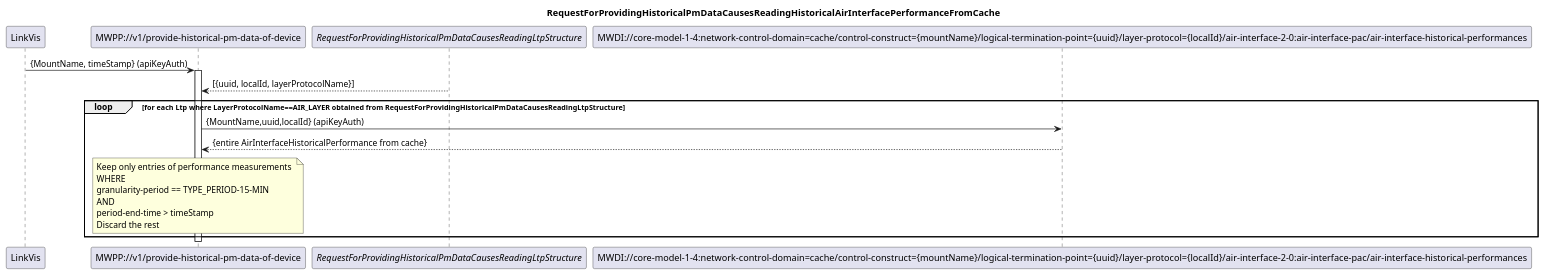
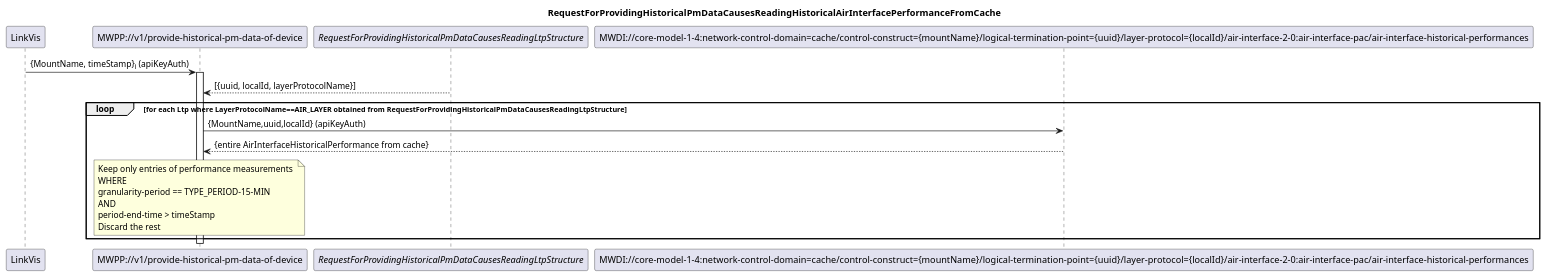
Before and after one commit to openBackhaul/MicroWavePerformanceProxy: the diagram in spec/diagrams/005_ReadingHistoricalAirInterfacePerformanceFromCache.plantuml, drawn with PlantUML. The commit also changed 1 other file, not shown here.

Commit message:
Add missing subscript i in request input of diagramm 005 (#14)

```diff
--- a/spec/diagrams/005_ReadingHistoricalAirInterfacePerformanceFromCache.plantuml
+++ b/spec/diagrams/005_ReadingHistoricalAirInterfacePerformanceFromCache.plantuml
@@ -1,32 +1,32 @@
 @startuml 005_ReadingHistoricalAirInterfacePerformanceFromCache
 skinparam responseMessageBelowArrow true
 
 title
 RequestForProvidingHistoricalPmDataCausesReadingHistoricalAirInterfacePerformanceFromCache
 end title
 
 participant "LinkVis" as LinkVis
 participant "MWPP://v1/provide-historical-pm-data-of-device" as MWPP
 participant "<i>RequestForProvidingHistoricalPmDataCausesReadingLtpStructure</i>" as LTPs
 participant "MWDI://core-model-1-4:network-control-domain=cache/control-construct={mountName}/logical-termination-point={uuid}/layer-protocol={localId}/air-interface-2-0:air-interface-pac/air-interface-historical-performances" as AirInterfacePm
 
-LinkVis -> MWPP: {MountName, timeStamp} (apiKeyAuth)
+LinkVis -> MWPP: {MountName, timeStamp}<sub>i</sub> (apiKeyAuth)
 activate MWPP
 LTPs --> MWPP: [{uuid, localId, layerProtocolName}]
 loop for each Ltp where LayerProtocolName==AIR_LAYER obtained from RequestForProvidingHistoricalPmDataCausesReadingLtpStructure
     MWPP -> AirInterfacePm: {MountName,uuid,localId} (apiKeyAuth)
     AirInterfacePm --> MWPP: {entire AirInterfaceHistoricalPerformance from cache}
     note over MWPP
     Keep only entries of performance measurements 
     WHERE
     granularity-period == TYPE_PERIOD-15-MIN
     AND
     period-end-time > timeStamp
     Discard the rest
     end note
 
 end
 
 deactivate MWPP
 
 @enduml
```
